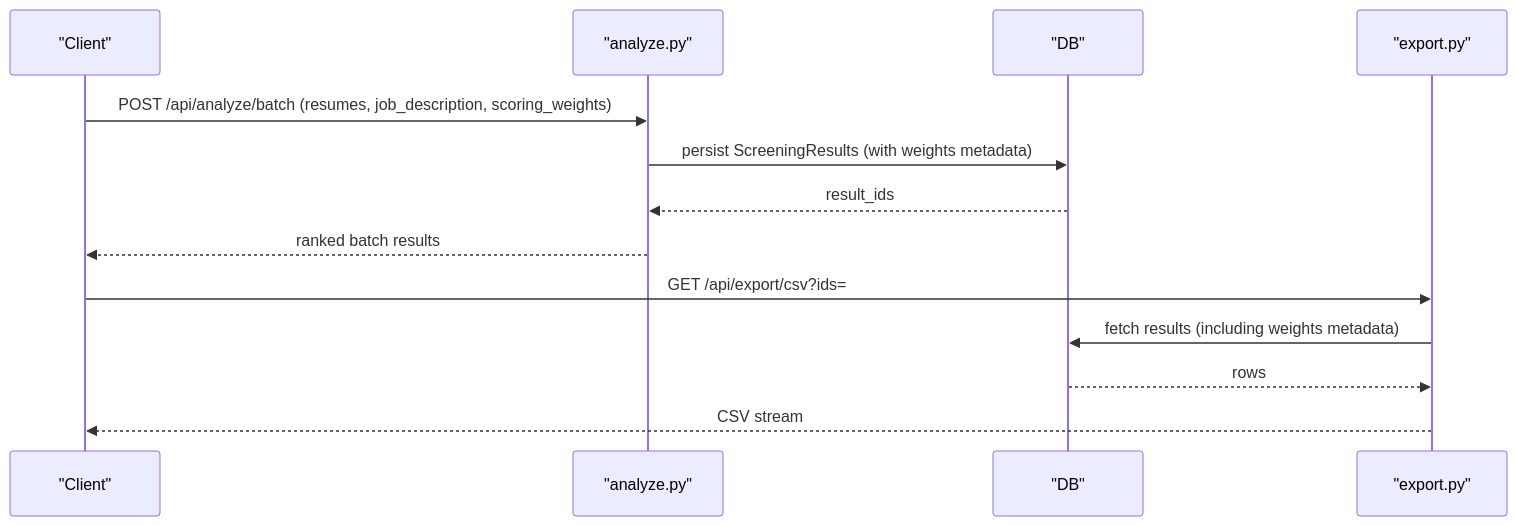
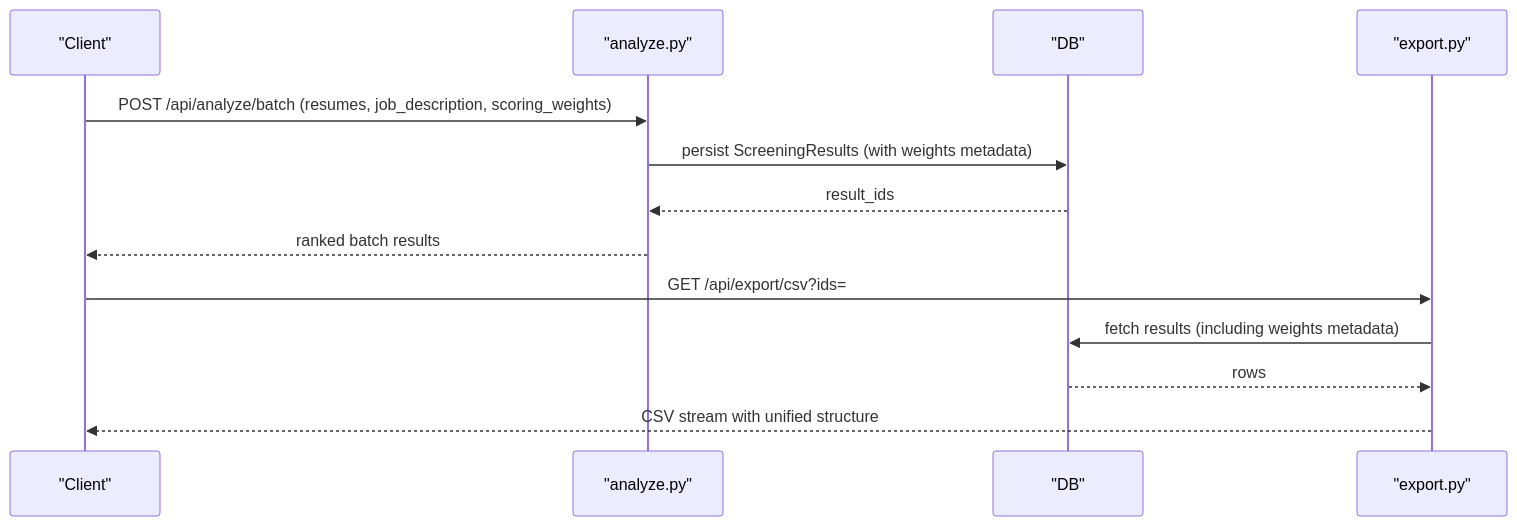
Before and after one commit to Revanththetalogics/aireume: diagram 11 of 12 in .qoder/repowiki/en/content/Candidate Management/Candidate Management.md, drawn with Mermaid. The commit also changed other lines of this file and 3 other files, not shown here.

````diff
--- a/.qoder/repowiki/en/content/Candidate Management/Candidate Management.md
+++ b/.qoder/repowiki/en/content/Candidate Management/Candidate Management.md
@@ -515,15 +523,15 @@
 ```mermaid
 sequenceDiagram
 participant Client as "Client"
 participant Route as "analyze.py"
 participant DB as "DB"
 participant Export as "export.py"
 Client->>Route : POST /api/analyze/batch (resumes, job_description, scoring_weights)
 Route->>DB : persist ScreeningResults (with weights metadata)
 DB-->>Route : result_ids
 Route-->>Client : ranked batch results
 Client->>Export : GET /api/export/csv?ids=
 Export->>DB : fetch results (including weights metadata)
 DB-->>Export : rows
-Export-->>Client : CSV stream
+Export-->>Client : CSV stream with unified structure
 ```
````
